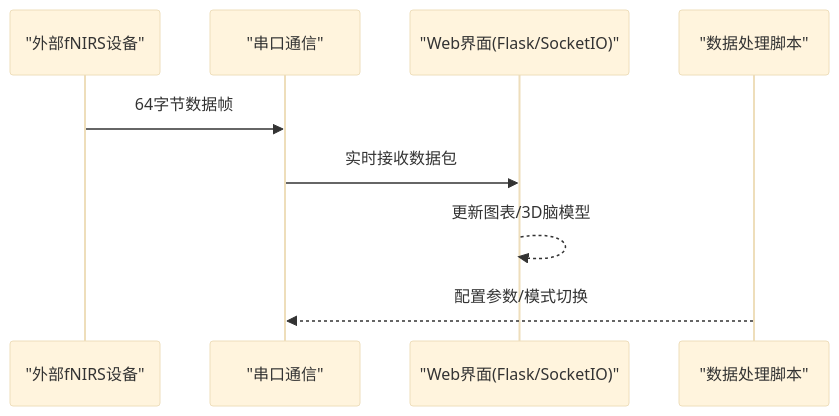
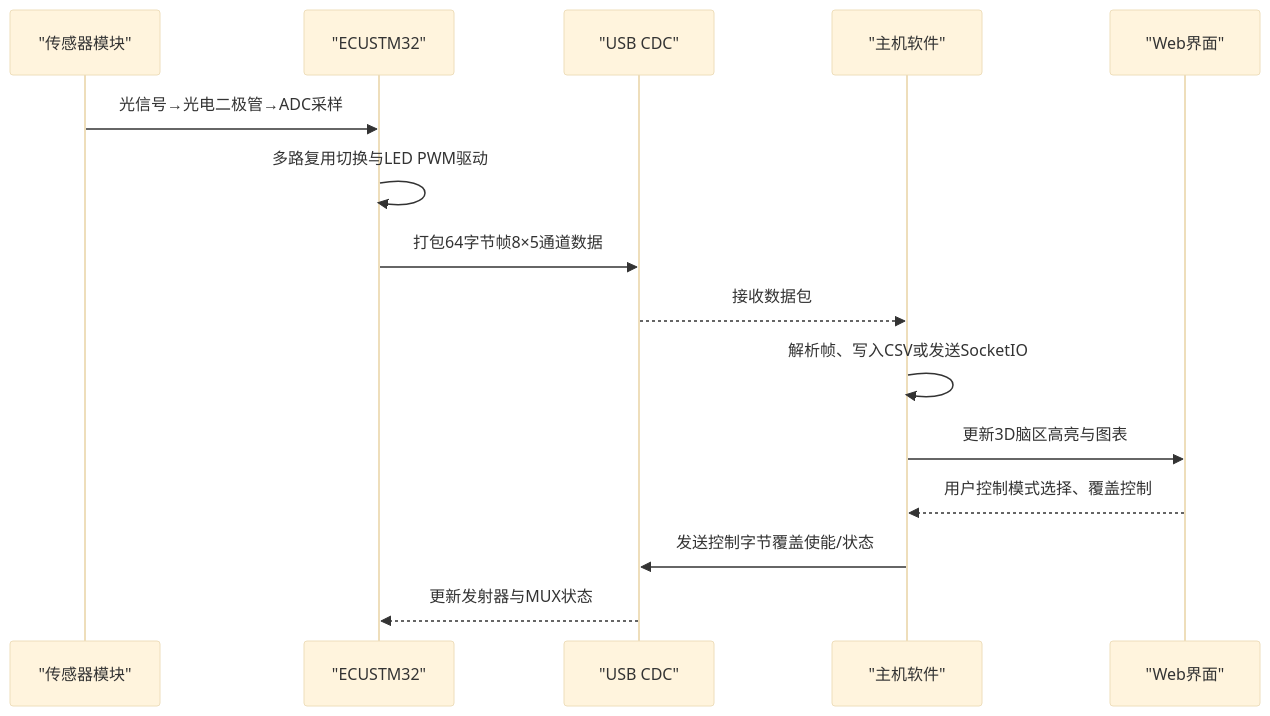
Before and after one commit to zhushizi/fNIRS-main: the second of 5 diagrams in .qoder/repowiki/zh/content/项目概述.md, drawn with Mermaid (base theme). The commit also changed other lines of this file and 84 other files, not shown here.

````diff
--- a/.qoder/repowiki/zh/content/项目概述.md
+++ b/.qoder/repowiki/zh/content/项目概述.md
@@ -102,11 +113,17 @@
 ```mermaid
 sequenceDiagram
-participant Device as "外部fNIRS设备"
-participant Serial as "串口通信"
-participant GUI as "Web界面(Flask/SocketIO)"
-participant Proc as "数据处理脚本"
-Device->>Serial : 64字节数据帧
-Serial->>GUI : 实时接收数据包
-GUI-->>GUI : 更新图表/3D脑模型
-Proc-->>Serial : 配置参数/模式切换
+participant Sensor as "传感器模块"
+participant ECU as "ECUSTM32"
+participant USB as "USB CDC"
+participant Host as "主机软件"
+participant UI as "Web界面"
+Sensor->>ECU : 光信号→光电二极管→ADC采样
+ECU->>ECU : 多路复用切换与LED PWM驱动
+ECU->>USB : 打包64字节帧8×5通道数据
+USB-->>Host : 接收数据包
+Host->>Host : 解析帧、写入CSV或发送SocketIO
+Host->>UI : 更新3D脑区高亮与图表
+UI-->>Host : 用户控制模式选择、覆盖控制
+Host->>USB : 发送控制字节覆盖使能/状态
+USB-->>ECU : 更新发射器与MUX状态
 ```
````
